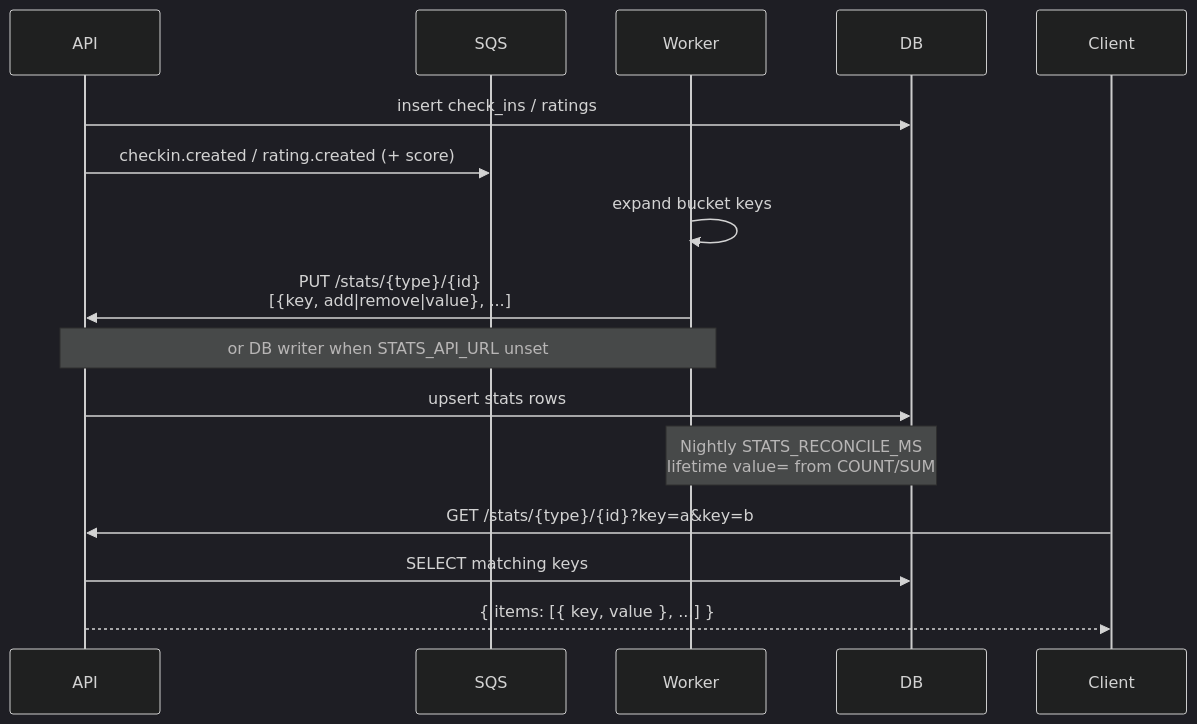
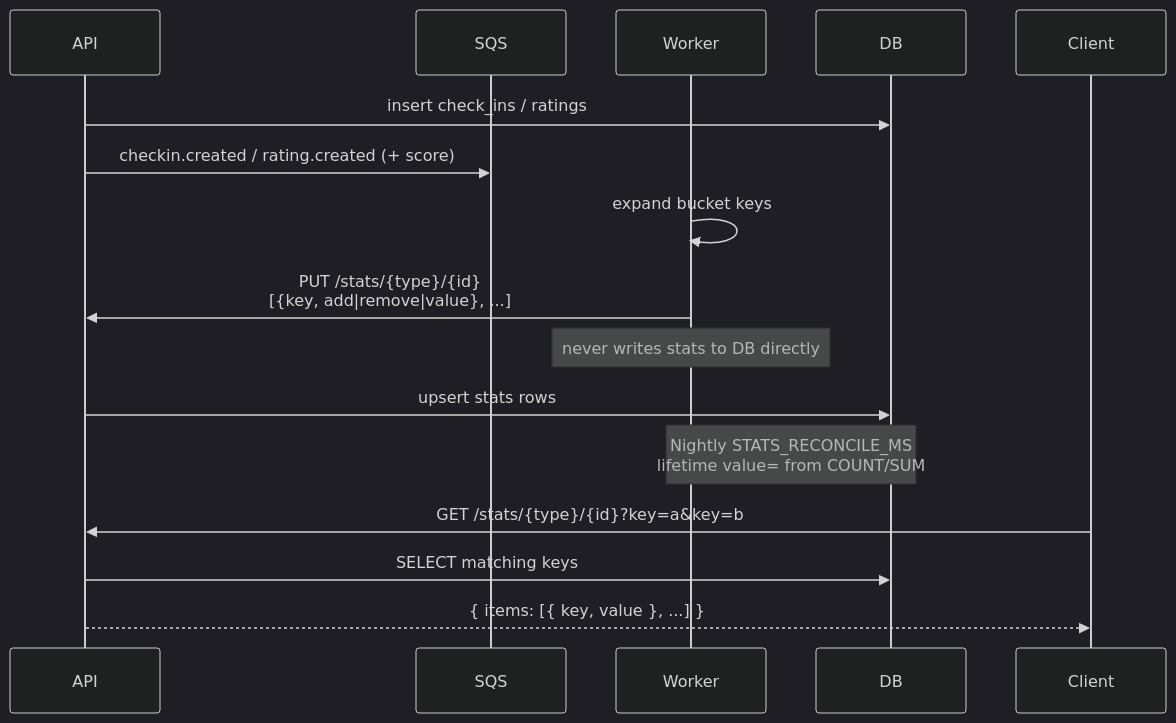
Before and after one commit to BradleySmallbottoms/evently: the diagram in docs/flows/stats.md, drawn with Mermaid (dark theme). The commit also changed other lines of this file and 5 other files, not shown here.

First line of the commit message:
Update stats handling to always use API for mutations and enhance documentation.

````diff
--- a/docs/flows/stats.md
+++ b/docs/flows/stats.md
@@ -13,21 +13,21 @@
 ```mermaid
 sequenceDiagram
   participant API
   participant Queue as SQS
   participant Worker
   participant DB
   participant Client
 
   API->>DB: insert check_ins / ratings
   API->>Queue: checkin.created / rating.created (+ score)
   Worker->>Worker: expand bucket keys
   Worker->>API: PUT /stats/{type}/{id}<br/>[{key, add|remove|value}, ...]
-  Note over Worker,API: or DB writer when STATS_API_URL unset
+  Note over Worker: never writes stats to DB directly
   API->>DB: upsert stats rows
 
   Note over Worker,DB: Nightly STATS_RECONCILE_MS<br/>lifetime value= from COUNT/SUM
 
   Client->>API: GET /stats/{type}/{id}?key=a&key=b
   API->>DB: SELECT matching keys
   API-->>Client: { items: [{ key, value }, ...] }
 ```
````
